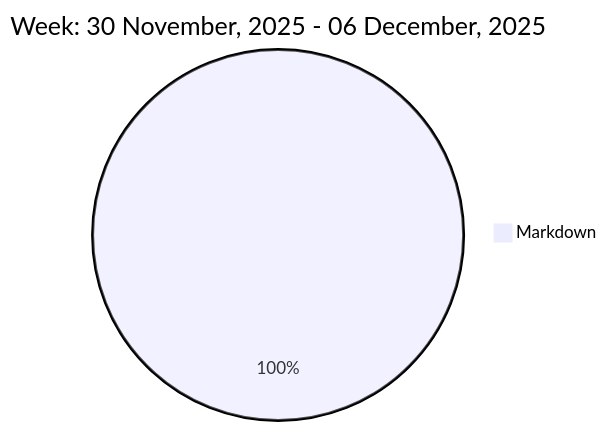
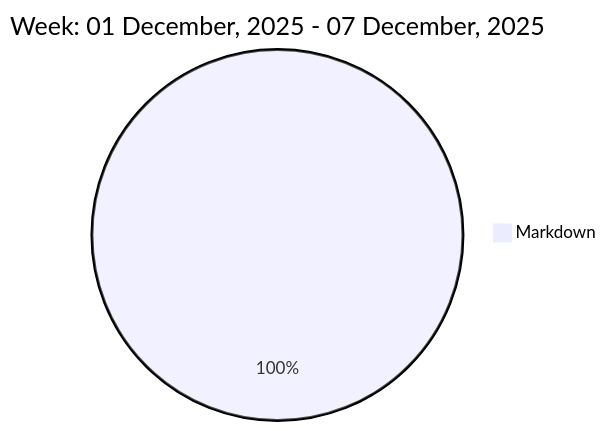
Before and after one commit to liubin95/liubin95: the diagram in README.md, drawn with Mermaid.

Commit message:
Updated the Graph with new Metrics

````diff
--- a/README.md
+++ b/README.md
@@ -37,5 +37,5 @@
 ```mermaid
  pie
-title Week: 30 November, 2025 - 06 December, 2025
+title Week: 01 December, 2025 - 07 December, 2025
  "Markdown" : 3.1
 ```
````
